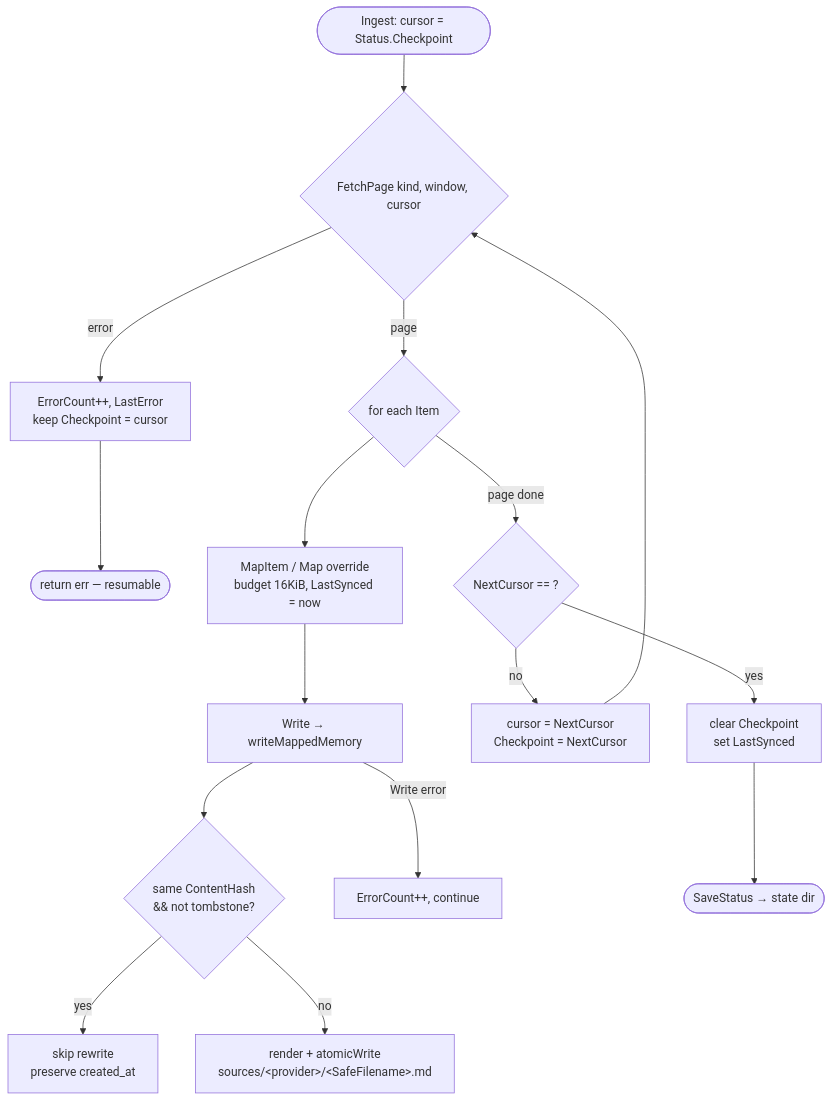
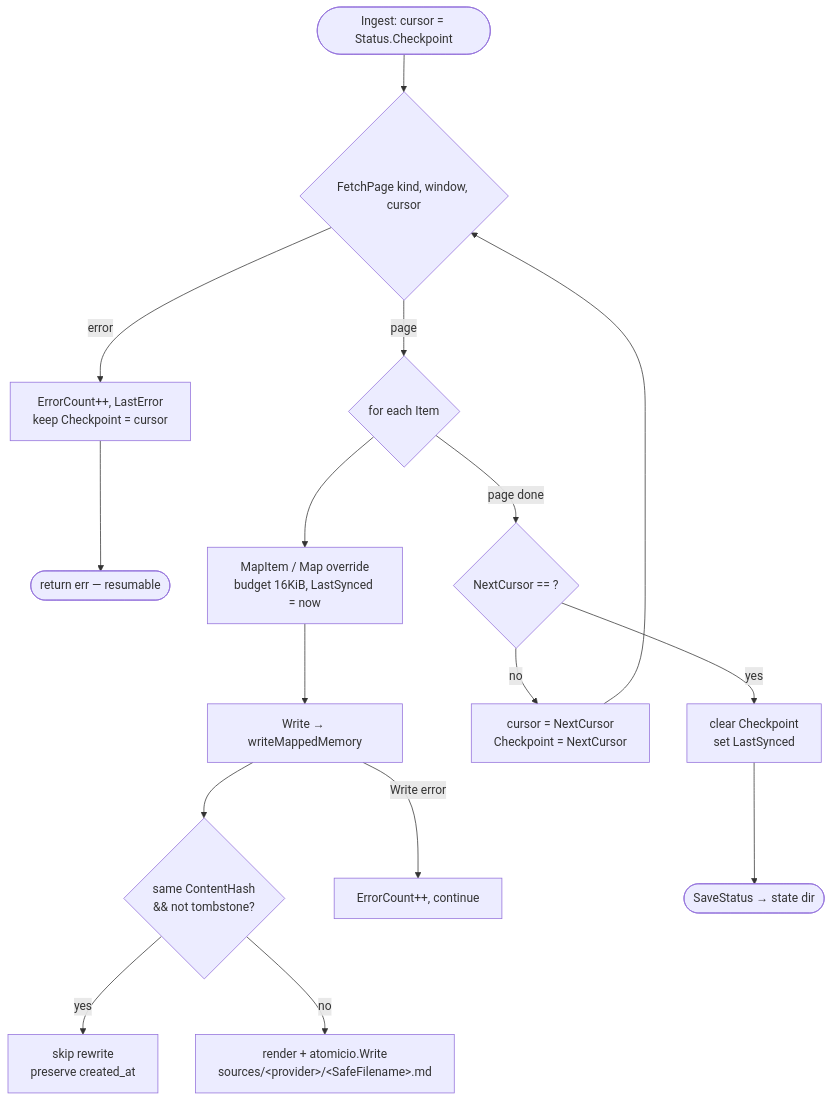
Before and after one commit to pyranthus-hq/mora: the third of 3 diagrams in docs/architecture/04-connectors-google.md, drawn with Mermaid. The commit also changed 112 other files, not shown here.

````diff
--- a/docs/architecture/04-connectors-google.md
+++ b/docs/architecture/04-connectors-google.md
@@ -137,15 +137,15 @@
 ```mermaid
 flowchart TD
   START([Ingest: cursor = Status.Checkpoint]) --> FP{FetchPage kind, window, cursor}
   FP -->|error| ERR[ErrorCount++, LastError\nkeep Checkpoint = cursor] --> RET([return err — resumable])
   FP -->|page| LOOP{for each Item}
   LOOP --> MAP[MapItem / Map override\nbudget 16KiB, LastSynced = now]
   MAP --> W[Write → writeMappedMemory]
   W --> SKIP{same ContentHash\n&& not tombstone?}
   SKIP -->|yes| KEEP[skip rewrite\npreserve created_at]
-  SKIP -->|no| WRITE[render + atomicWrite\nsources/&lt;provider&gt;/&lt;SafeFilename&gt;.md]
+  SKIP -->|no| WRITE[render + atomicio.Write\nsources/&lt;provider&gt;/&lt;SafeFilename&gt;.md]
   W -->|Write error| CNT[ErrorCount++, continue]
   LOOP -->|page done| NEXT{NextCursor == ""?}
   NEXT -->|no| ADV[cursor = NextCursor\nCheckpoint = NextCursor] --> FP
   NEXT -->|yes| DONE[clear Checkpoint\nset LastSynced] --> SAVE([SaveStatus → state dir])
 ```
````
